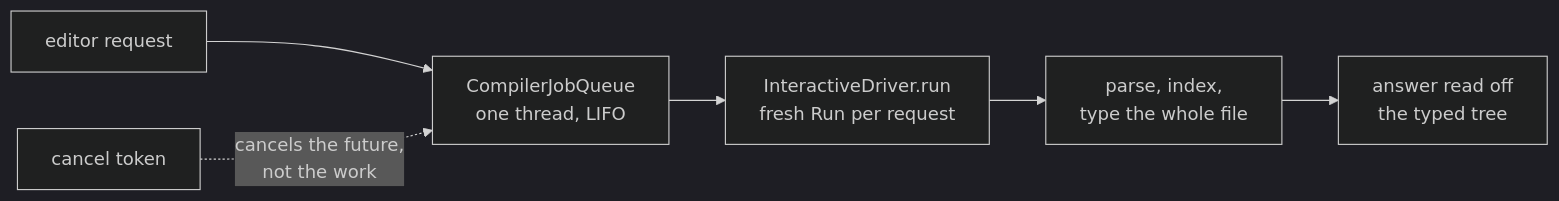
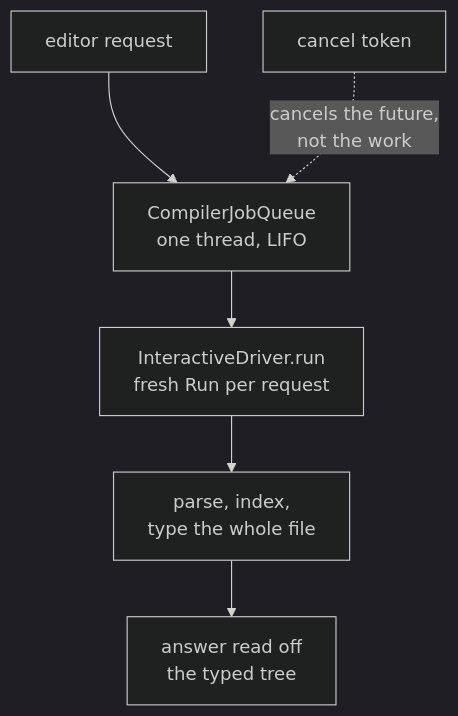
One commit to retronym/talks changed the fourth of 12 diagrams in dotc-interactive/talk.md. Above: the diagram before and after it, drawn with Mermaid (dark theme). The commit also changed other lines of this file and 1 other file, not shown here.

First line of the commit message:
dotc-interactive: fix the lazy-resolve state diagram; make wide mermaid diagrams legible

````diff
--- a/dotc-interactive/talk.md
+++ b/dotc-interactive/talk.md
@@ -161,8 +156,8 @@
 ```mermaid
-flowchart LR
+flowchart TB
   E["editor request"] --> Q["CompilerJobQueue<br/>one thread, LIFO"]
   Q --> D["InteractiveDriver.run<br/>fresh Run per request"]
   D --> W["parse, index,<br/>type the whole file"]
   W --> A["answer read off<br/>the typed tree"]
   C["cancel token"] -. "cancels the future,<br/>not the work" .-> Q
 ```
````
